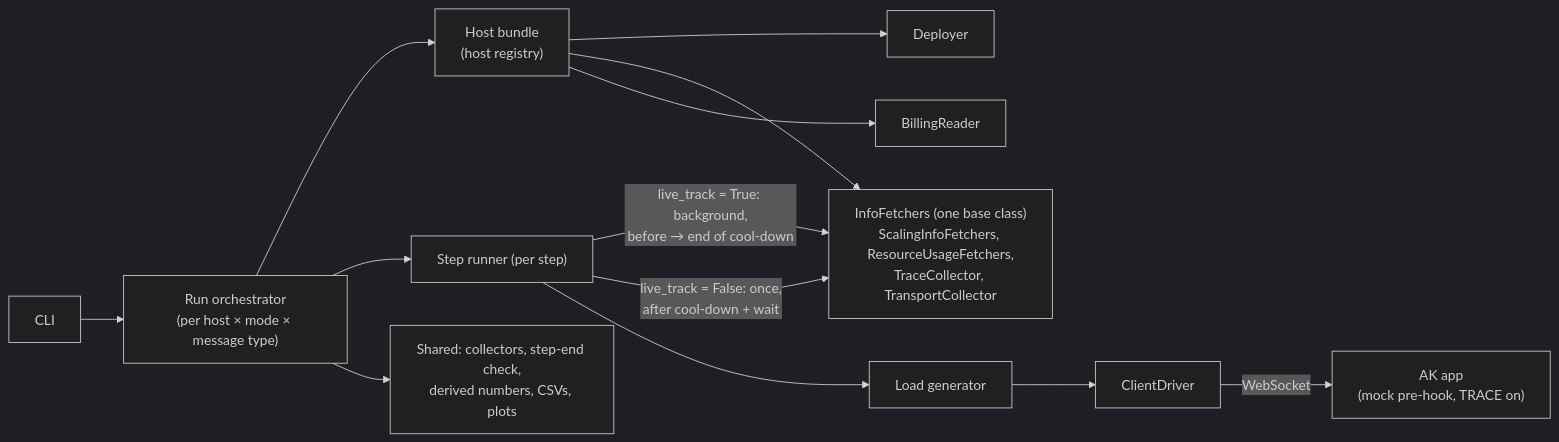
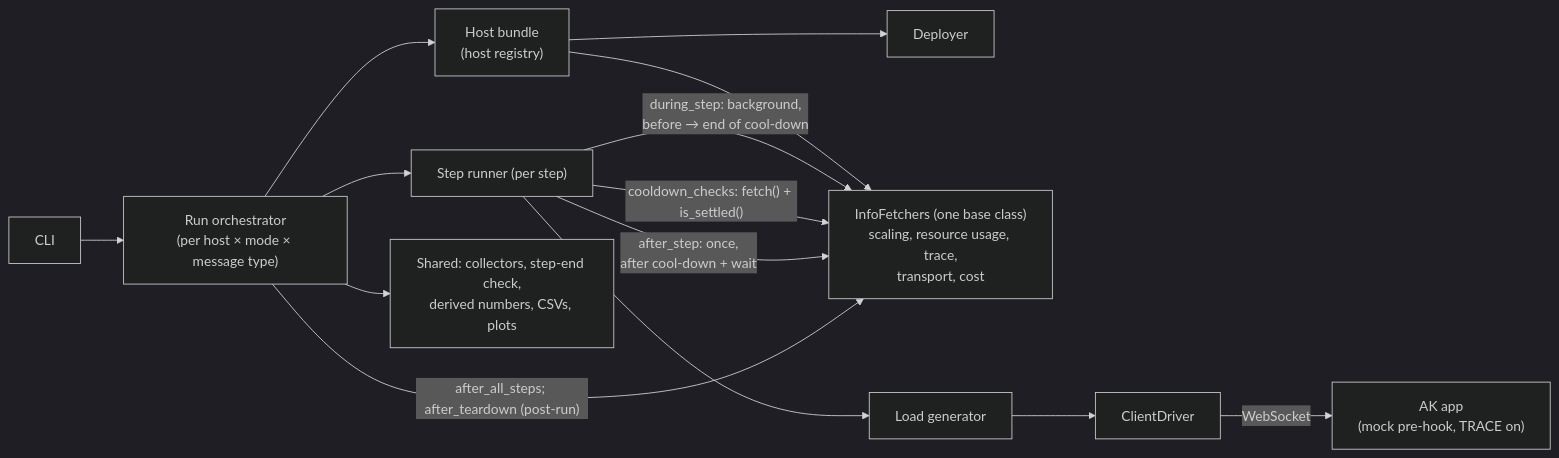
Before and after one commit to yaalalabs/agent-kernel: the first of 2 diagrams in docs/specs/786-benchmark-system/design.md, drawn with Mermaid (dark theme). The commit also changed other lines of this file and 2 other files, not shown here.

````diff
--- a/docs/specs/786-benchmark-system/design.md
+++ b/docs/specs/786-benchmark-system/design.md
@@ -365,15 +390,16 @@
 ```mermaid
 graph LR
     CLI["CLI"] --> ORCH["Run orchestrator<br/>(per host × mode × message type)"]
     ORCH --> HOST["Host bundle<br/>(host registry)"]
     HOST --> DEP["Deployer"]
-    HOST --> IF["InfoFetchers (one base class)<br/>ScalingInfoFetchers, ResourceUsageFetchers,<br/>TraceCollector, TransportCollector"]
-    HOST --> COST["BillingReader"]
+    HOST --> IF["InfoFetchers (one base class)<br/>scaling, resource usage, trace,<br/>transport, cost"]
     ORCH --> SR["Step runner (per step)"]
-    SR -->|"live_track = True: background,<br/>before → end of cool-down"| IF
-    SR -->|"live_track = False: once,<br/>after cool-down + wait"| IF
+    SR -->|"during_step: background,<br/>before → end of cool-down"| IF
+    SR -->|"cooldown_checks: fetch() + is_settled()"| IF
+    SR -->|"after_step: once,<br/>after cool-down + wait"| IF
+    ORCH -->|"after_all_steps; after_teardown (post-run)"| IF
     SR --> LG["Load generator"]
     LG --> DRV["ClientDriver"]
     DRV -->|WebSocket| AK["AK app<br/>(mock pre-hook, TRACE on)"]
     ORCH --> SHARED["Shared: collectors, step-end check,<br/>derived numbers, CSVs, plots"]
 ```
````
